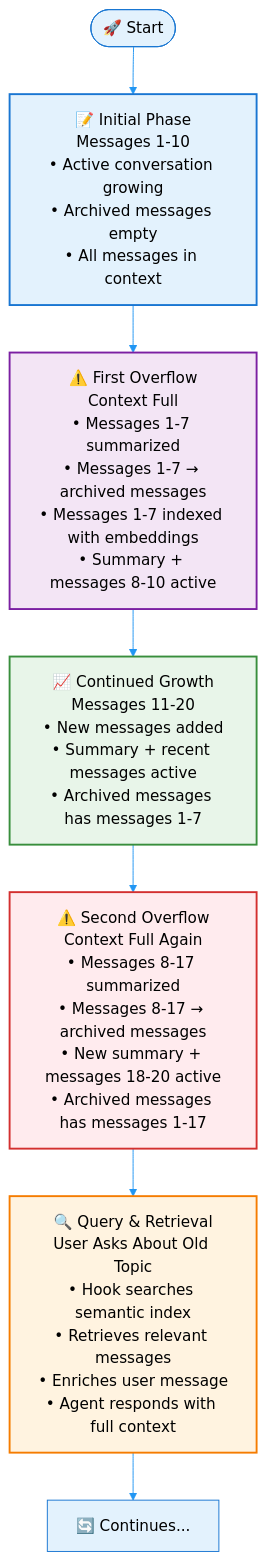
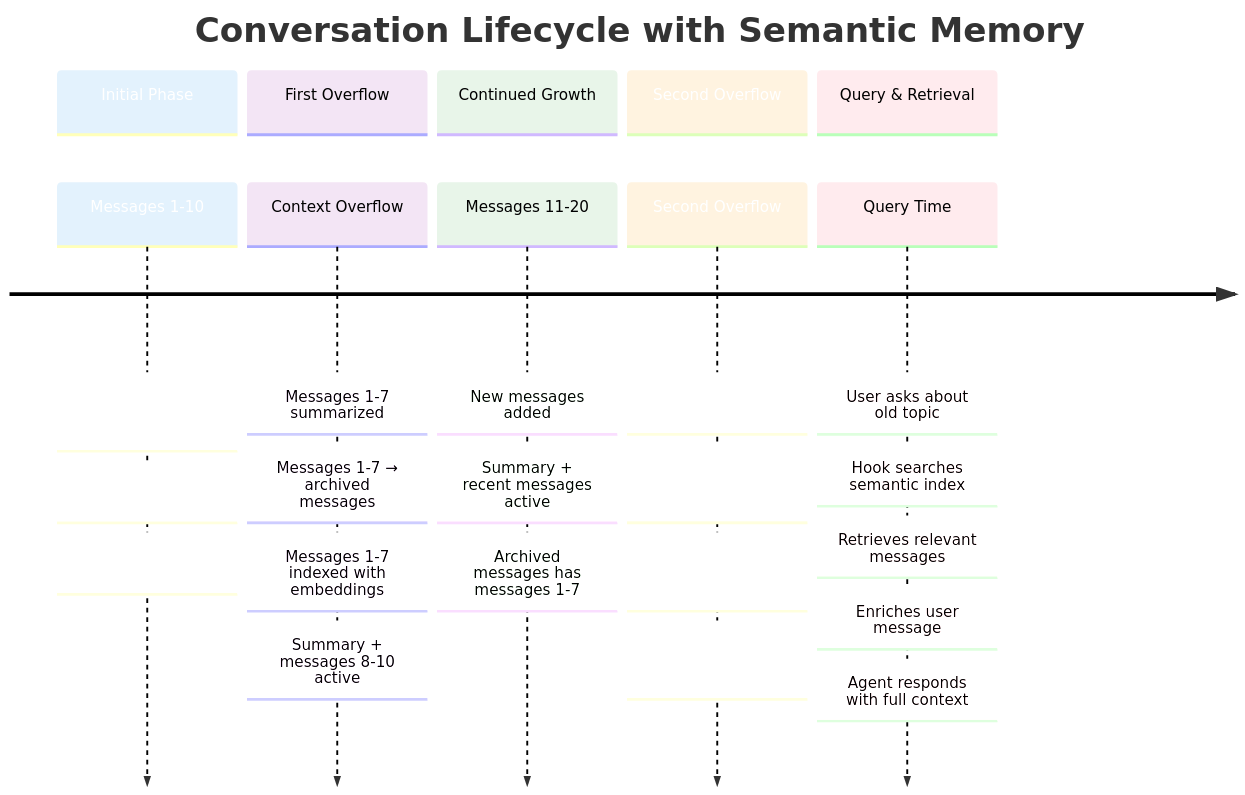
One commit to danilop/strands-agents-semantic-summarizing-conversation-manager changed the third of 5 diagrams in README.md. Above: the diagram before and after it, drawn with Mermaid.

Commit message:
Restore timeline format with subway map aesthetic and colors
- Bring back the original timeline format that flows horizontally
- Add timeline-specific color configuration with 5 distinct colors
- Use cScale variables to apply consistent color palette
- Maintain subway/underground map visual appeal
- Keep all comprehensive phase information

````diff
--- a/README.md
+++ b/README.md
@@ -253,30 +253,34 @@
 ```mermaid
-%%{init: {"theme": "base", "themeVariables": {"primaryColor": "#E3F2FD", "primaryTextColor": "#000", "primaryBorderColor": "#1976D2", "lineColor": "#2196F3", "secondaryColor": "#F3E5F5", "tertiaryColor": "#E8F5E9", "background": "#FFFFFF", "edgeLabelBackground": "#FFFFFF"}}}%%
-graph TD
-    %% Define styles for each phase
-    classDef initialPhase fill:#E3F2FD,stroke:#1976D2,stroke-width:2px,color:#000
-    classDef overflowPhase fill:#F3E5F5,stroke:#7B1FA2,stroke-width:2px,color:#000
-    classDef growthPhase fill:#E8F5E9,stroke:#388E3C,stroke-width:2px,color:#000
-    classDef queryPhase fill:#FFF3E0,stroke:#F57C00,stroke-width:2px,color:#000
-    classDef continuePhase fill:#FFEBEE,stroke:#D32F2F,stroke-width:2px,color:#000
+%%{init: {"timeline": {"numberSectionStyles": 5, "useMaxWidth": true}, "themeVariables": {"cScale0": "#E3F2FD", "cScale1": "#F3E5F5", "cScale2": "#E8F5E9", "cScale3": "#FFF3E0", "cScale4": "#FFEBEE"}}}%%
+timeline
+    title Conversation Lifecycle with Semantic Memory
 
-    %% Timeline Flow
-    Start([🚀 Start]) --> Phase1[📝 Initial Phase<br/>Messages 1-10<br/>• Active conversation growing<br/>• Archived messages empty<br/>• All messages in context]
+    section Initial Phase
+        Messages 1-10           : Active conversation growing
+                                : Archived messages empty
+                                : All messages in context
 
-    Phase1 --> Phase2[⚠️ First Overflow<br/>Context Full<br/>• Messages 1-7 summarized<br/>• Messages 1-7 → archived messages<br/>• Messages 1-7 indexed with embeddings<br/>• Summary + messages 8-10 active]
+    section First Overflow
+        Context Overflow        : Messages 1-7 summarized
+                                : Messages 1-7 → archived messages
+                                : Messages 1-7 indexed with embeddings
+                                : Summary + messages 8-10 active
 
-    Phase2 --> Phase3[📈 Continued Growth<br/>Messages 11-20<br/>• New messages added<br/>• Summary + recent messages active<br/>• Archived messages has messages 1-7]
+    section Continued Growth
+        Messages 11-20          : New messages added
+                                : Summary + recent messages active
+                                : Archived messages has messages 1-7
 
-    Phase3 --> Phase4[⚠️ Second Overflow<br/>Context Full Again<br/>• Messages 8-17 summarized<br/>• Messages 8-17 → archived messages<br/>• New summary + messages 18-20 active<br/>• Archived messages has messages 1-17]
+    section Second Overflow
+        Second Overflow         : Messages 8-17 summarized
+                                : Messages 8-17 → archived messages
+                                : New summary + messages 18-20 active
+                                : Archived messages has messages 1-17
 
-    Phase4 --> Phase5[🔍 Query & Retrieval<br/>User Asks About Old Topic<br/>• Hook searches semantic index<br/>• Retrieves relevant messages<br/>• Enriches user message<br/>• Agent responds with full context]
-
-    Phase5 --> Continue[🔄 Continues...]
-
-    %% Apply styles
-    class Phase1 initialPhase
-    class Phase2 overflowPhase
-    class Phase3 growthPhase
-    class Phase4 continuePhase
-    class Phase5 queryPhase
+    section Query & Retrieval
+        Query Time              : User asks about old topic
+                                : Hook searches semantic index
+                                : Retrieves relevant messages
+                                : Enriches user message
+                                : Agent responds with full context
 ```
````
